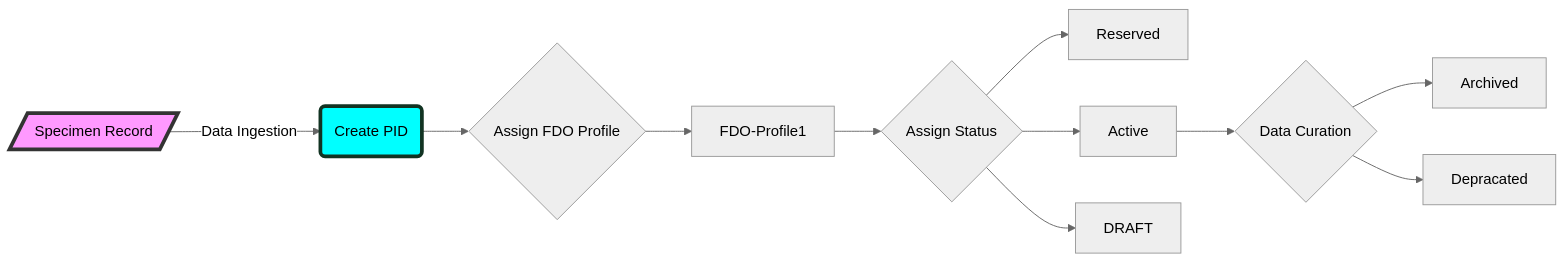
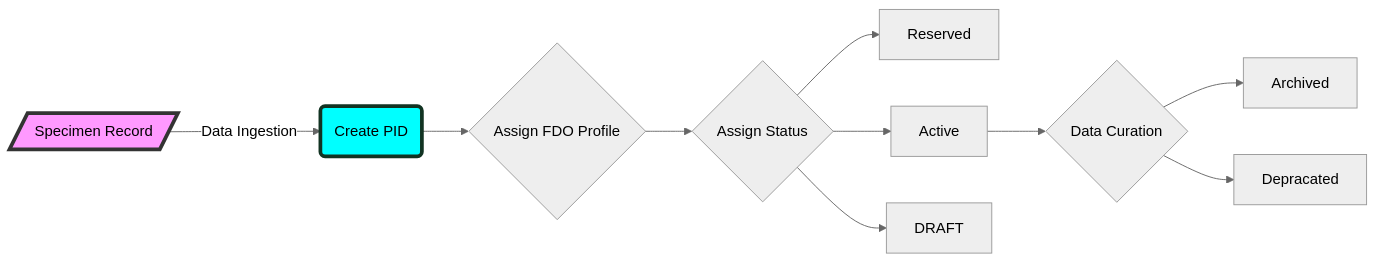
The diagram in pid-lifecycle.md (sharifX/random), drawn with Mermaid (neutral theme) before and after one commit.

Commit message:
update decision

````diff
--- a/pid-lifecycle.md
+++ b/pid-lifecycle.md
@@ -17,15 +17,14 @@
 ```mermaid
 flowchart LR
 style A fill:#f9f,stroke:#333,stroke-width:4px
 style B fill:#0ff,stroke:#132,stroke-width:4px
     A[/Specimen Record/] -->|Data Ingestion| B(Create PID)
     B --> C{Assign FDO Profile}
-    C --> D[FDO-Profile1]
-    D --> E{Assign Status}
+    C --> E{Assign Status}
     E --> Reserved
     E --> F[Active]
     E --> DRAFT
     F --> G{Data Curation}
     G --> Archived
     G --> Depracated
 ```
````
